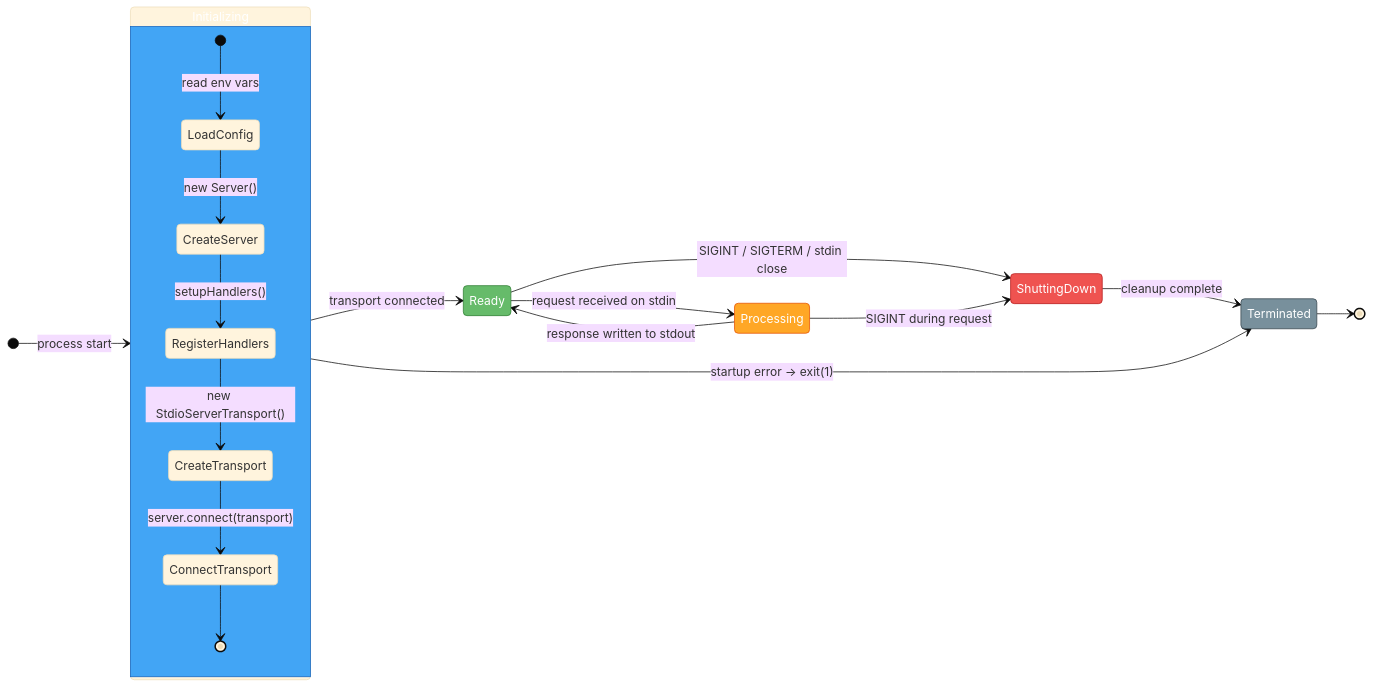
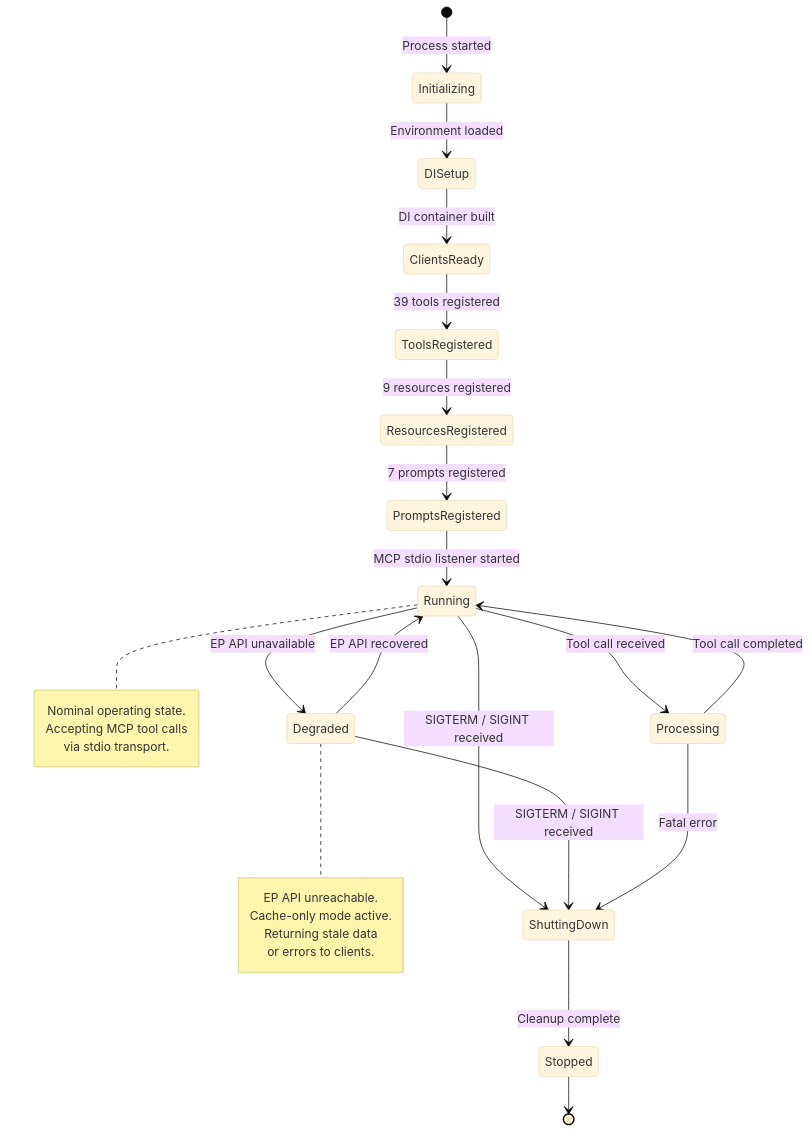
Before and after one commit to Hack23/European-Parliament-MCP-Server: the first of 6 diagrams in STATEDIAGRAM.md, drawn with Mermaid (base theme). The commit also changed other lines of this file and 13 other files, not shown here.

````diff
--- a/STATEDIAGRAM.md
+++ b/STATEDIAGRAM.md
@@ -90,39 +54,37 @@
 ```mermaid
 stateDiagram-v2
-    direction LR
+    [*] --> Initializing : Process started
 
-    [*] --> Initializing: process start
+    Initializing --> DISetup : Environment loaded
+    DISetup --> ClientsReady : DI container built
+    ClientsReady --> ToolsRegistered : 39 tools registered
+    ToolsRegistered --> ResourcesRegistered : 9 resources registered
+    ResourcesRegistered --> PromptsRegistered : 7 prompts registered
+    PromptsRegistered --> Running : MCP stdio listener started
 
-    state Initializing {
-        [*] --> LoadConfig: read env vars
-        LoadConfig --> CreateServer: new Server()
-        CreateServer --> RegisterHandlers: setupHandlers()
-        RegisterHandlers --> CreateTransport: new StdioServerTransport()
-        CreateTransport --> ConnectTransport: server.connect(transport)
-        ConnectTransport --> [*]
-    }
+    Running --> Processing : Tool call received
+    Processing --> Running : Tool call completed
 
-    Initializing --> Ready: transport connected
-    Initializing --> Terminated: startup error → exit(1)
+    Running --> Degraded : EP API unavailable
+    Degraded --> Running : EP API recovered
 
-    Ready --> Processing: request received on stdin
-    Processing --> Ready: response written to stdout
+    Running --> ShuttingDown : SIGTERM / SIGINT received
+    Degraded --> ShuttingDown : SIGTERM / SIGINT received
+    Processing --> ShuttingDown : Fatal error
 
-    Ready --> ShuttingDown: SIGINT / SIGTERM / stdin close
-    Processing --> ShuttingDown: SIGINT during request
+    ShuttingDown --> Stopped : Cleanup complete
+    Stopped --> [*]
 
-    ShuttingDown --> Terminated: cleanup complete
-    Terminated --> [*]
+    note right of Running
+        Nominal operating state.
+        Accepting MCP tool calls
+        via stdio transport.
+    end note
 
-    classDef init fill:#42A5F5,stroke:#1565C0,color:#fff
-    classDef active fill:#66BB6A,stroke:#2E7D32,color:#fff
-    classDef processing fill:#FFA726,stroke:#E65100,color:#fff
-    classDef shutdown fill:#EF5350,stroke:#B71C1C,color:#fff
-    classDef terminal fill:#78909C,stroke:#37474F,color:#fff
-
-    class Initializing init
-    class Ready active
-    class Processing processing
-    class ShuttingDown shutdown
-    class Terminated terminal
+    note right of Degraded
+        EP API unreachable.
+        Cache-only mode active.
+        Returning stale data
+        or errors to clients.
+    end note
 ```
````
